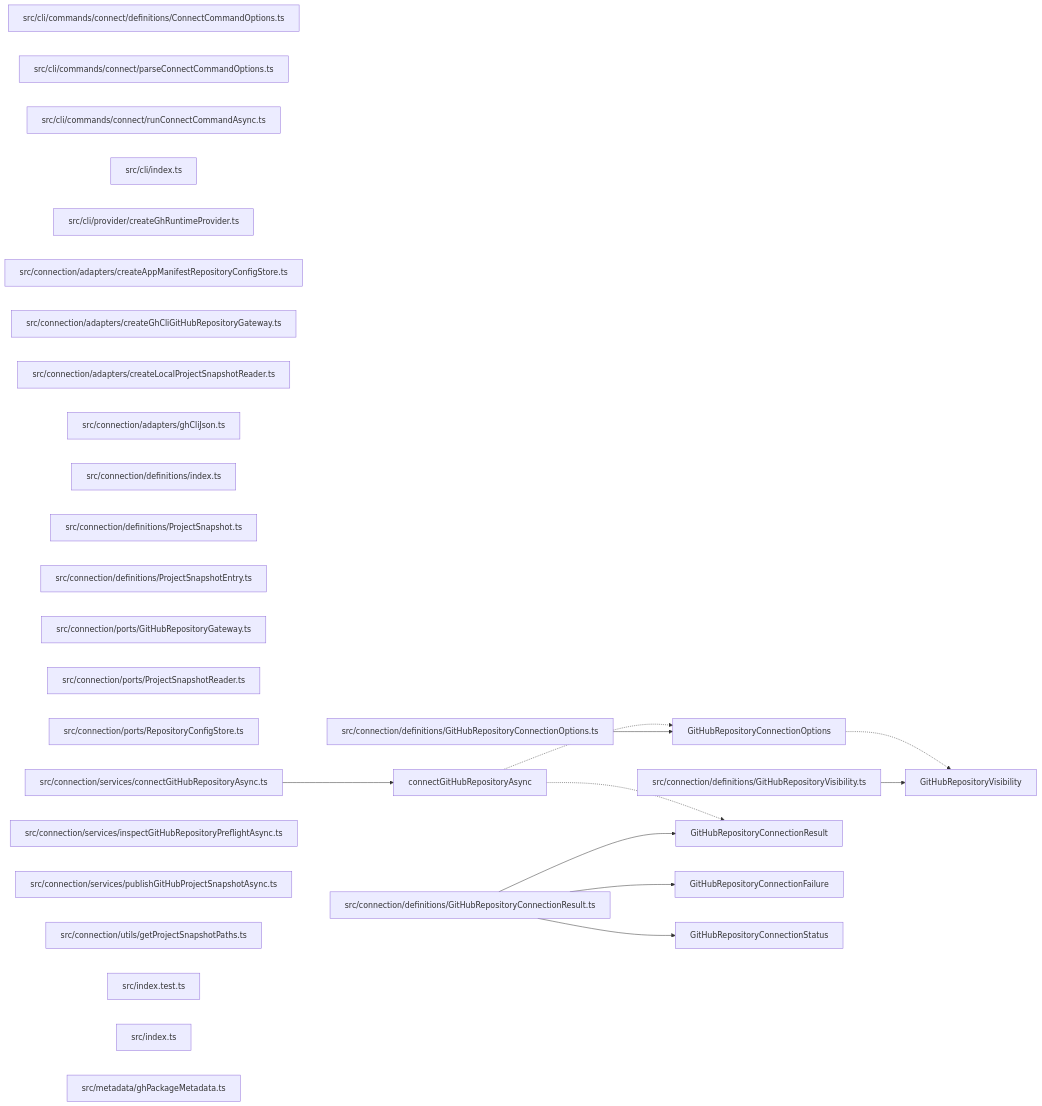
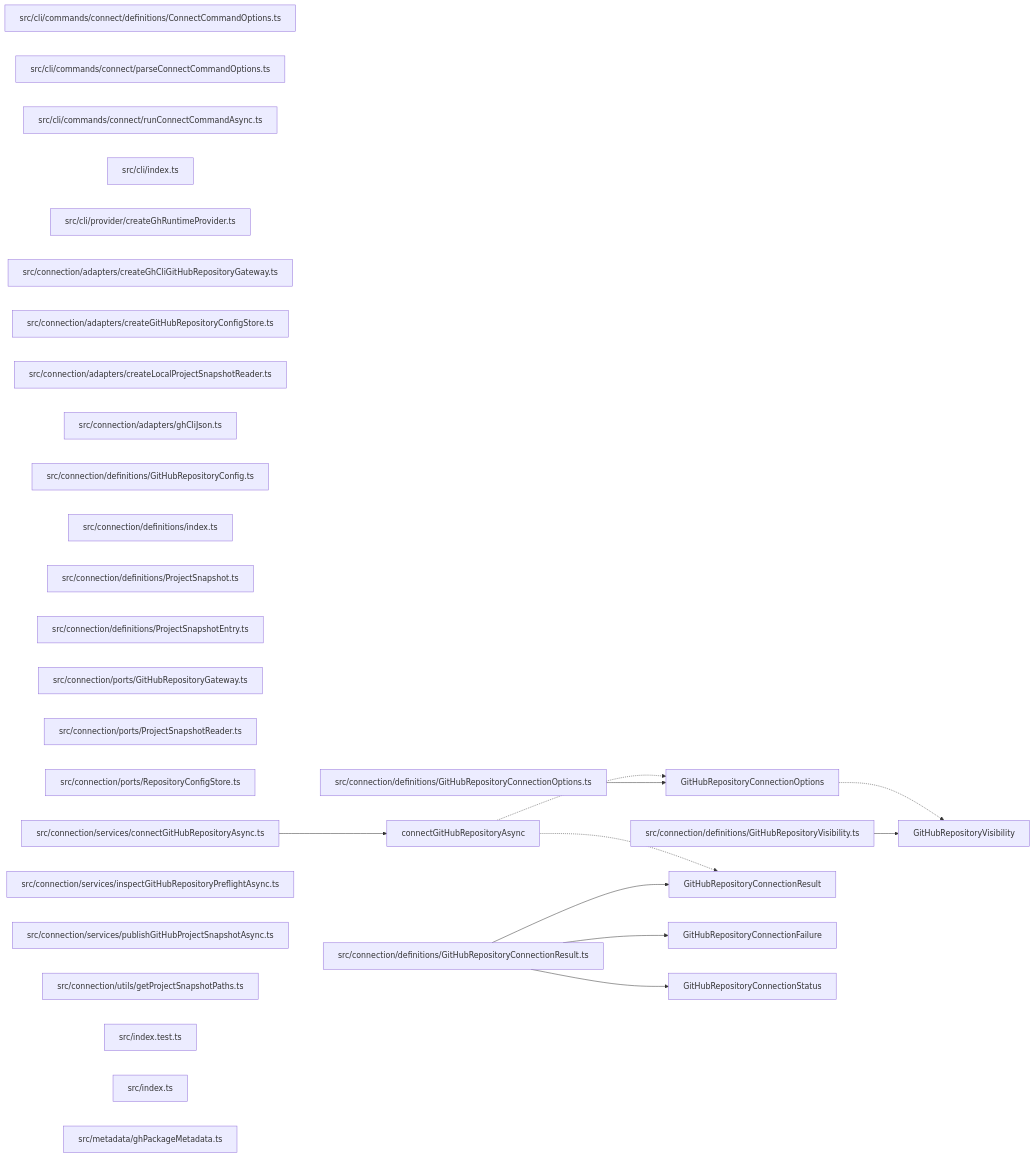
Before and after one commit to ankhorage/gh: the diagram in paradox/diagrams/export-graph.mmd, drawn with Mermaid. The commit also changed 19 other files, not shown here.

First line of the commit message:
feat: make GitHub connection configuration standalone (#25)

```diff
--- a/paradox/diagrams/export-graph.mmd
+++ b/paradox/diagrams/export-graph.mmd
@@ -1,41 +1,42 @@
 graph LR
   module_src_cli_commands_connect_definitions_ConnectCommandOptions_ts["src/cli/commands/connect/definitions/ConnectCommandOptions.ts"]
   module_src_cli_commands_connect_parseConnectCommandOptions_ts["src/cli/commands/connect/parseConnectCommandOptions.ts"]
   module_src_cli_commands_connect_runConnectCommandAsync_ts["src/cli/commands/connect/runConnectCommandAsync.ts"]
   module_src_cli_index_ts["src/cli/index.ts"]
   module_src_cli_provider_createGhRuntimeProvider_ts["src/cli/provider/createGhRuntimeProvider.ts"]
-  module_src_connection_adapters_createAppManifestRepositoryConfigStore_ts["src/connection/adapters/createAppManifestRepositoryConfigStore.ts"]
   module_src_connection_adapters_createGhCliGitHubRepositoryGateway_ts["src/connection/adapters/createGhCliGitHubRepositoryGateway.ts"]
+  module_src_connection_adapters_createGitHubRepositoryConfigStore_ts["src/connection/adapters/createGitHubRepositoryConfigStore.ts"]
   module_src_connection_adapters_createLocalProjectSnapshotReader_ts["src/connection/adapters/createLocalProjectSnapshotReader.ts"]
   module_src_connection_adapters_ghCliJson_ts["src/connection/adapters/ghCliJson.ts"]
+  module_src_connection_definitions_GitHubRepositoryConfig_ts["src/connection/definitions/GitHubRepositoryConfig.ts"]
   module_src_connection_definitions_GitHubRepositoryConnectionOptions_ts["src/connection/definitions/GitHubRepositoryConnectionOptions.ts"]
   module_src_connection_definitions_GitHubRepositoryConnectionResult_ts["src/connection/definitions/GitHubRepositoryConnectionResult.ts"]
   module_src_connection_definitions_GitHubRepositoryVisibility_ts["src/connection/definitions/GitHubRepositoryVisibility.ts"]
   module_src_connection_definitions_index_ts["src/connection/definitions/index.ts"]
   module_src_connection_definitions_ProjectSnapshot_ts["src/connection/definitions/ProjectSnapshot.ts"]
   module_src_connection_definitions_ProjectSnapshotEntry_ts["src/connection/definitions/ProjectSnapshotEntry.ts"]
   module_src_connection_ports_GitHubRepositoryGateway_ts["src/connection/ports/GitHubRepositoryGateway.ts"]
   module_src_connection_ports_ProjectSnapshotReader_ts["src/connection/ports/ProjectSnapshotReader.ts"]
   module_src_connection_ports_RepositoryConfigStore_ts["src/connection/ports/RepositoryConfigStore.ts"]
   module_src_connection_services_connectGitHubRepositoryAsync_ts["src/connection/services/connectGitHubRepositoryAsync.ts"]
   module_src_connection_services_inspectGitHubRepositoryPreflightAsync_ts["src/connection/services/inspectGitHubRepositoryPreflightAsync.ts"]
   module_src_connection_services_publishGitHubProjectSnapshotAsync_ts["src/connection/services/publishGitHubProjectSnapshotAsync.ts"]
   module_src_connection_utils_getProjectSnapshotPaths_ts["src/connection/utils/getProjectSnapshotPaths.ts"]
   module_src_index_test_ts["src/index.test.ts"]
   module_src_index_ts["src/index.ts"]
   module_src_metadata_ghPackageMetadata_ts["src/metadata/ghPackageMetadata.ts"]
   export_connectGitHubRepositoryAsync["connectGitHubRepositoryAsync"]
   module_src_connection_services_connectGitHubRepositoryAsync_ts --> export_connectGitHubRepositoryAsync
   export_connectGitHubRepositoryAsync -.-> export_GitHubRepositoryConnectionOptions
   export_connectGitHubRepositoryAsync -.-> export_GitHubRepositoryConnectionResult
   export_GitHubRepositoryConnectionFailure["GitHubRepositoryConnectionFailure"]
   module_src_connection_definitions_GitHubRepositoryConnectionResult_ts --> export_GitHubRepositoryConnectionFailure
   export_GitHubRepositoryConnectionOptions["GitHubRepositoryConnectionOptions"]
   module_src_connection_definitions_GitHubRepositoryConnectionOptions_ts --> export_GitHubRepositoryConnectionOptions
   export_GitHubRepositoryConnectionOptions -.-> export_GitHubRepositoryVisibility
   export_GitHubRepositoryConnectionResult["GitHubRepositoryConnectionResult"]
   module_src_connection_definitions_GitHubRepositoryConnectionResult_ts --> export_GitHubRepositoryConnectionResult
   export_GitHubRepositoryConnectionStatus["GitHubRepositoryConnectionStatus"]
   module_src_connection_definitions_GitHubRepositoryConnectionResult_ts --> export_GitHubRepositoryConnectionStatus
   export_GitHubRepositoryVisibility["GitHubRepositoryVisibility"]
   module_src_connection_definitions_GitHubRepositoryVisibility_ts --> export_GitHubRepositoryVisibility
```
